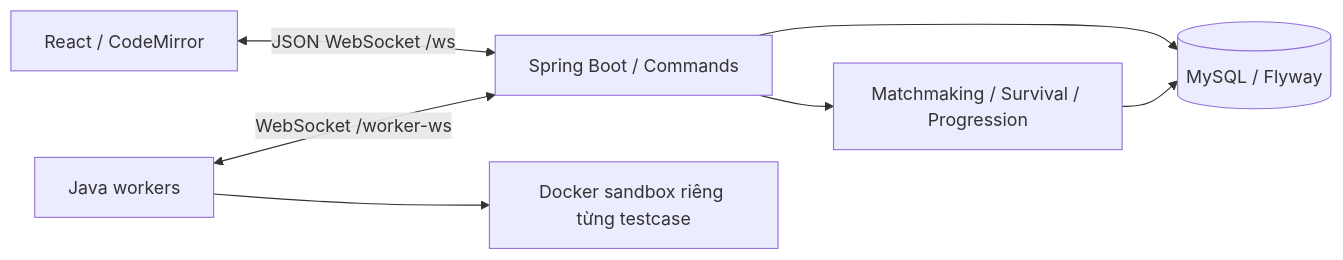
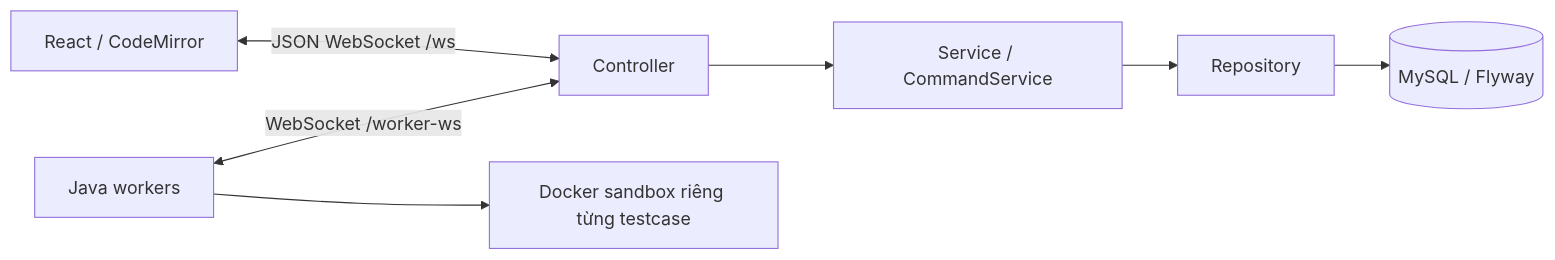
One commit to XuanMjnh/CodeGrade changed the diagram in README.md. Above: the diagram before and after it, drawn with Mermaid. The commit also changed other lines of this file and 73 other files, not shown here.

````diff
--- a/README.md
+++ b/README.md
@@ -23,9 +25,9 @@
 ```mermaid
 flowchart LR
-    C[React / CodeMirror] <-->|JSON WebSocket /ws| S[Spring Boot / Commands]
-    S --> M[Matchmaking / Survival / Progression]
-    S --> D[(MySQL / Flyway)]
-    M --> D
-    W[Java workers] <-->|WebSocket /worker-ws| S
+    C[React / CodeMirror] <-->|JSON WebSocket /ws| T[Controller]
+    T --> S[Service / CommandService]
+    S --> R[Repository]
+    R --> D[(MySQL / Flyway)]
+    W[Java workers] <-->|WebSocket /worker-ws| T
     W --> B[Docker sandbox riêng từng testcase]
 ```
````
